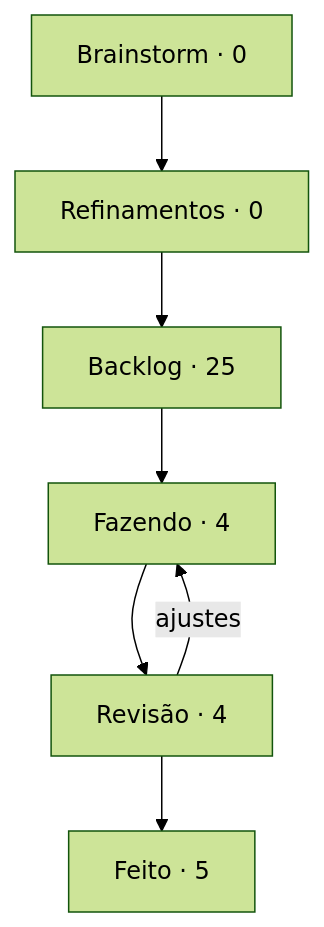
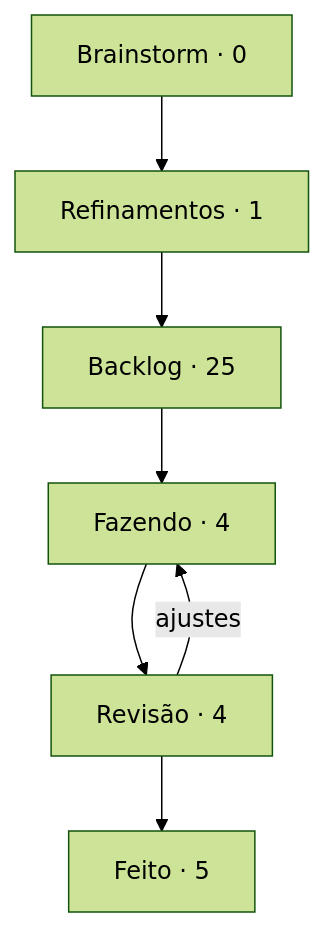
The diagram in boards/dungeon-bend/BOARD.md (StudioVibi/VibiKanban), drawn with Mermaid (forest theme) before and after one commit. The commit also changed other lines of this file and 2 other files, not shown here.

````diff
--- a/boards/dungeon-bend/BOARD.md
+++ b/boards/dungeon-bend/BOARD.md
@@ -5,12 +5,12 @@
 ```mermaid
 flowchart TD
-  brainstorm["Brainstorm · 0"] --> refinamentos["Refinamentos · 0"]
+  brainstorm["Brainstorm · 0"] --> refinamentos["Refinamentos · 1"]
   refinamentos --> backlog["Backlog · 25"]
   backlog --> doing["Fazendo · 4"]
   doing --> review["Revisão · 4"]
   review --> done["Feito · 5"]
   review -->|ajustes| doing
   doing:::blue
   review:::yellow
   done:::green
 ```
````
